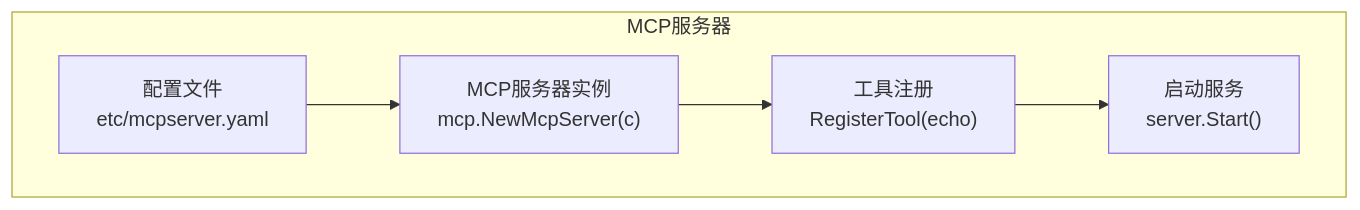
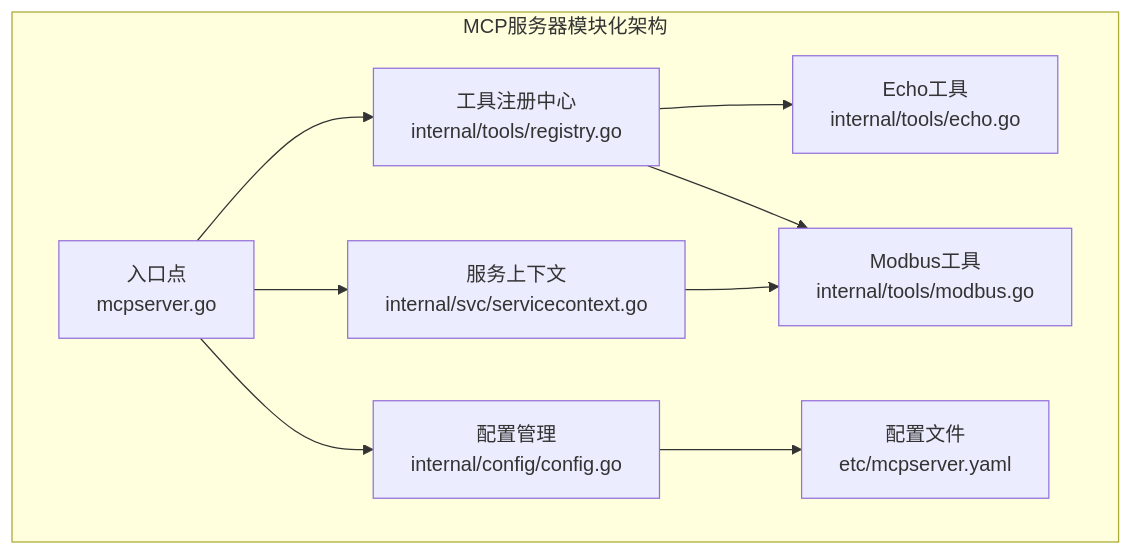
One commit to maomao94/zero-service changed the first of 5 diagrams in .qoder/repowiki/zh/content/AI应用模块/MCP服务器.md. Above: the diagram before and after it, drawn with Mermaid. The commit also changed other lines of this file and 8 other files, not shown here.

First line of the commit message:
feat(aiapp): add logx setup, rename chat path, update mcpserver config and repowiki

````diff
--- a/.qoder/repowiki/zh/content/AI应用模块/MCP服务器.md
+++ b/.qoder/repowiki/zh/content/AI应用模块/MCP服务器.md
@@ -81,12 +101,19 @@
 ```mermaid
 graph TB
-subgraph "MCP服务器"
-CFG["配置文件<br/>etc/mcpserver.yaml"]
-SRV["MCP服务器实例<br/>mcp.NewMcpServer(c)"]
-TOOL["工具注册<br/>RegisterTool(echo)"]
-START["启动服务<br/>server.Start()"]
+subgraph "MCP服务器模块化架构"
+CFG["配置管理<br/>internal/config/config.go"]
+CTX["服务上下文<br/>internal/svc/servicecontext.go"]
+REG["工具注册中心<br/>internal/tools/registry.go"]
+ECHO["Echo工具<br/>internal/tools/echo.go"]
+MODBUS["Modbus工具<br/>internal/tools/modbus.go"]
+ENTRY["入口点<br/>mcpserver.go"]
+CONF["配置文件<br/>etc/mcpserver.yaml"]
 end
-CFG --> SRV
-SRV --> TOOL
-TOOL --> START
+ENTRY --> CFG
+ENTRY --> CTX
+ENTRY --> REG
+REG --> ECHO
+REG --> MODBUS
+CTX --> MODBUS
+CFG --> CONF
 ```
````
